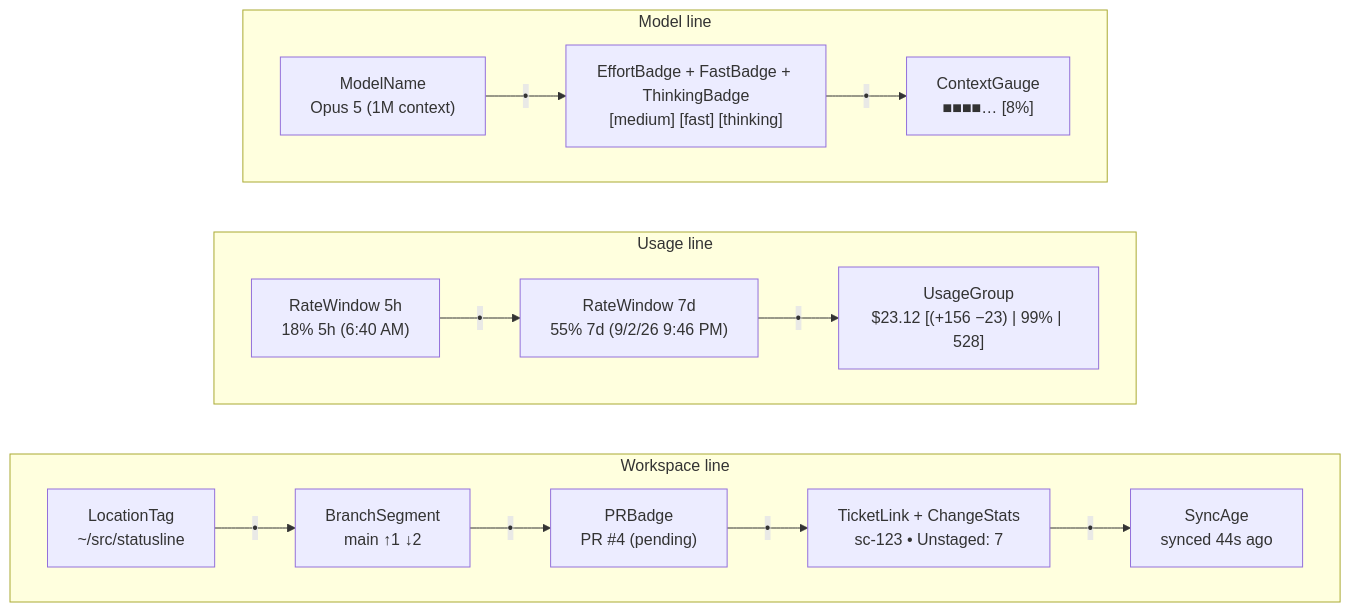
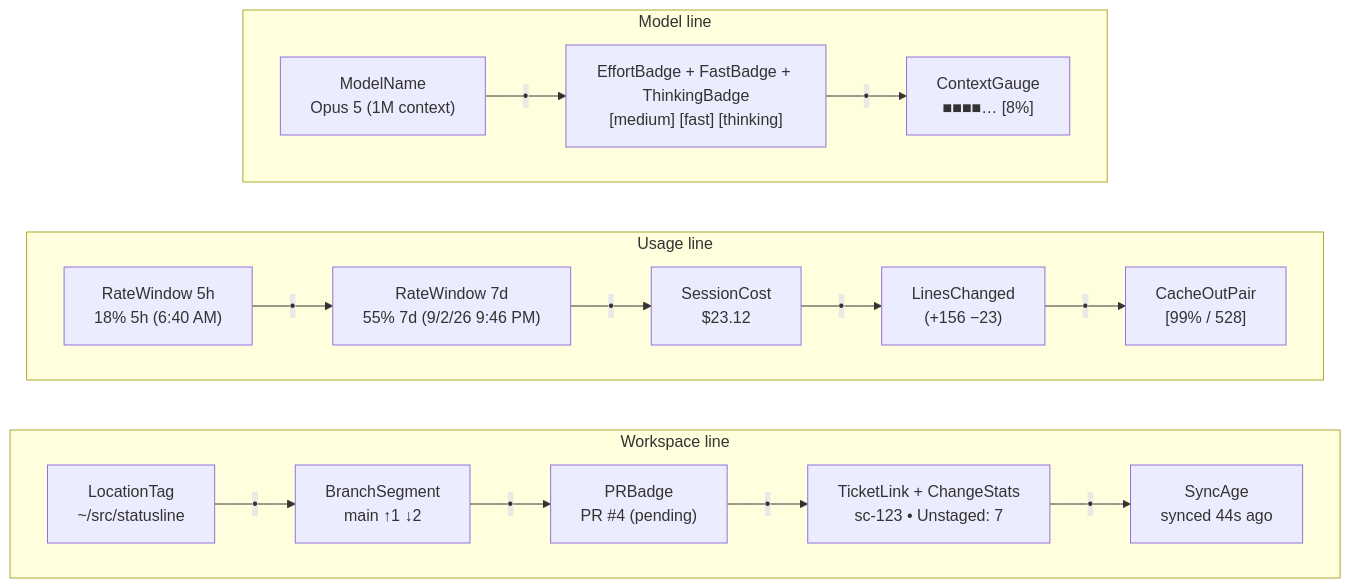
Before and after one commit to okize/statusline: the diagram in README.md, drawn with Mermaid. The commit also changed other lines of this file and 7 other files, not shown here.

First line of the commit message:
feat: split the usage group into bullet-joined segments

````diff
--- a/README.md
+++ b/README.md
@@ -30,19 +30,19 @@
 ```mermaid
 flowchart TB
     subgraph ModelLine["Model line"]
         direction LR
         ModelName["ModelName<br/>Opus 5 (1M context)"] -- "•" --> EffortBadge["EffortBadge + FastBadge + ThinkingBadge<br/>[medium] [fast] [thinking]"] -- "•" --> ContextGauge["ContextGauge<br/>■■■■… [8%]"]
     end
 
     subgraph UsageLine["Usage line"]
         direction LR
-        RateWindow5["RateWindow 5h<br/>18% 5h (6:40 AM)"] -- "•" --> RateWindow7["RateWindow 7d<br/>55% 7d (9/2/26 9:46 PM)"] -- "•" --> UsageGroup["UsageGroup<br/>$23.12 [(+156 −23) | 99% | 528]"]
+        RateWindow5["RateWindow 5h<br/>18% 5h (6:40 AM)"] -- "•" --> RateWindow7["RateWindow 7d<br/>55% 7d (9/2/26 9:46 PM)"] -- "•" --> SessionCost["SessionCost<br/>$23.12"] -- "•" --> LinesChanged["LinesChanged<br/>(+156 −23)"] -- "•" --> CacheOutPair["CacheOutPair<br/>[99% / 528]"]
     end
 
     subgraph WorkspaceLine["Workspace line"]
         direction LR
         LocationTag["LocationTag<br/>~/src/statusline"] -- "•" --> BranchSegment["BranchSegment<br/>main ↑1 ↓2"] -- "•" --> PRBadge["PRBadge<br/>PR #4 (pending)"] -- "•" --> ChangeStats["TicketLink + ChangeStats<br/>sc-123 • Unstaged: 7"] -- "•" --> SyncAge["SyncAge<br/>synced 44s ago"]
     end
 
     ModelLine ~~~ UsageLine ~~~ WorkspaceLine
 ```
````
